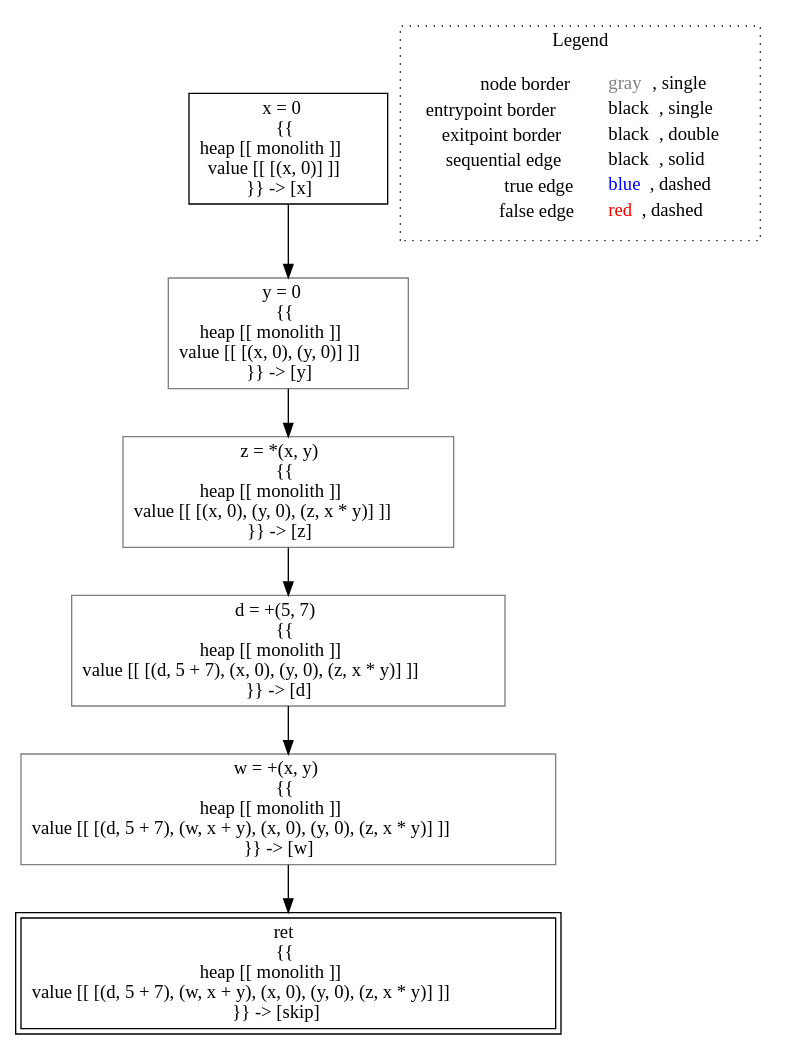
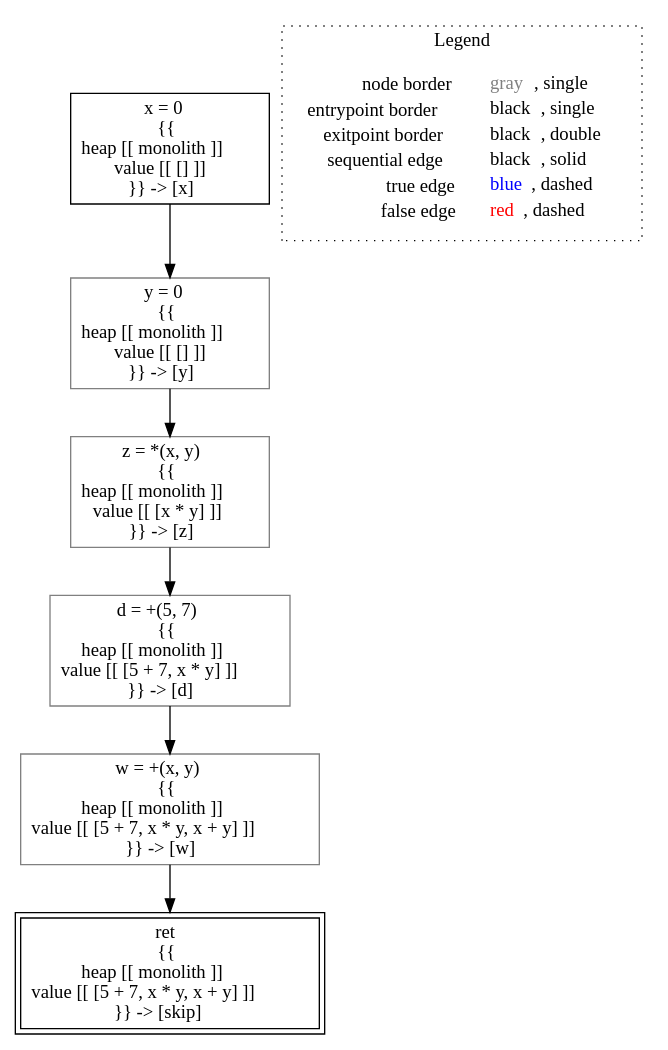
The diagram in lisa/imp-testcases/available-expressions/analysis___untyped_ae.f0(ae_this).dot (lisa-analyzer/lisa), drawn with Graphviz before and after one commit. The commit also changed 9 other files, not shown here.

```diff
--- a/lisa/imp-testcases/available-expressions/analysis___untyped_ae.f0(ae_this).dot
+++ b/lisa/imp-testcases/available-expressions/analysis___untyped_ae.f0(ae_this).dot
@@ -1,20 +1,20 @@
 digraph {
-	"node0" [shape="rect",color="black",label=<x = 0<BR/>{{<BR/>heap [[ monolith ]]<BR/>value [[ [(x, 0)] ]]<BR/>}} -&gt; [x]>];
-	"node1" [shape="rect",color="gray",label=<y = 0<BR/>{{<BR/>heap [[ monolith ]]<BR/>value [[ [(x, 0), (y, 0)] ]]<BR/>}} -&gt; [y]>];
-	"node2" [shape="rect",color="gray",label=<d = +(5, 7)<BR/>{{<BR/>heap [[ monolith ]]<BR/>value [[ [(d, 5 + 7), (x, 0), (y, 0), (z, x * y)] ]]<BR/>}} -&gt; [d]>];
-	"node3" [shape="rect",color="black",peripheries="2",label=<ret<BR/>{{<BR/>heap [[ monolith ]]<BR/>value [[ [(d, 5 + 7), (w, x + y), (x, 0), (y, 0), (z, x * y)] ]]<BR/>}} -&gt; [skip]>];
-	"node4" [shape="rect",color="gray",label=<w = +(x, y)<BR/>{{<BR/>heap [[ monolith ]]<BR/>value [[ [(d, 5 + 7), (w, x + y), (x, 0), (y, 0), (z, x * y)] ]]<BR/>}} -&gt; [w]>];
-	"node5" [shape="rect",color="gray",label=<z = *(x, y)<BR/>{{<BR/>heap [[ monolith ]]<BR/>value [[ [(x, 0), (y, 0), (z, x * y)] ]]<BR/>}} -&gt; [z]>];
+	"node0" [shape="rect",color="black",label=<x = 0<BR/>{{<BR/>heap [[ monolith ]]<BR/>value [[ [] ]]<BR/>}} -&gt; [x]>];
+	"node1" [shape="rect",color="gray",label=<w = +(x, y)<BR/>{{<BR/>heap [[ monolith ]]<BR/>value [[ [5 + 7, x * y, x + y] ]]<BR/>}} -&gt; [w]>];
+	"node2" [shape="rect",color="gray",label=<d = +(5, 7)<BR/>{{<BR/>heap [[ monolith ]]<BR/>value [[ [5 + 7, x * y] ]]<BR/>}} -&gt; [d]>];
+	"node3" [shape="rect",color="gray",label=<z = *(x, y)<BR/>{{<BR/>heap [[ monolith ]]<BR/>value [[ [x * y] ]]<BR/>}} -&gt; [z]>];
+	"node4" [shape="rect",color="gray",label=<y = 0<BR/>{{<BR/>heap [[ monolith ]]<BR/>value [[ [] ]]<BR/>}} -&gt; [y]>];
+	"node5" [shape="rect",color="black",peripheries="2",label=<ret<BR/>{{<BR/>heap [[ monolith ]]<BR/>value [[ [5 + 7, x * y, x + y] ]]<BR/>}} -&gt; [skip]>];
 	"node1" -> "node5" [color="black"];
-	"node2" -> "node4" [color="black"];
+	"node2" -> "node1" [color="black"];
+	"node3" -> "node2" [color="black"];
 	"node4" -> "node3" [color="black"];
-	"node5" -> "node2" [color="black"];
-	"node0" -> "node1" [color="black"];
+	"node0" -> "node4" [color="black"];
 subgraph cluster_legend {
 	label="Legend";
 	style=dotted;
 	node [shape=plaintext];
 	"legend" [label=<<table border="0" cellpadding="2" cellspacing="0" cellborder="0"><tr><td align="right">node border&nbsp;</td><td align="left"><font color="gray">gray</font>, single</td></tr><tr><td align="right">entrypoint border&nbsp;</td><td align="left"><font color="black">black</font>, single</td></tr><tr><td align="right">exitpoint border&nbsp;</td><td align="left"><font color="black">black</font>, double</td></tr><tr><td align="right">sequential edge&nbsp;</td><td align="left"><font color="black">black</font>, solid</td></tr><tr><td align="right">true edge&nbsp;</td><td align="left"><font color="blue">blue</font>, dashed</td></tr><tr><td align="right">false edge&nbsp;</td><td align="left"><font color="red">red</font>, dashed</td></tr></table>>];
 }
 
 }
```
